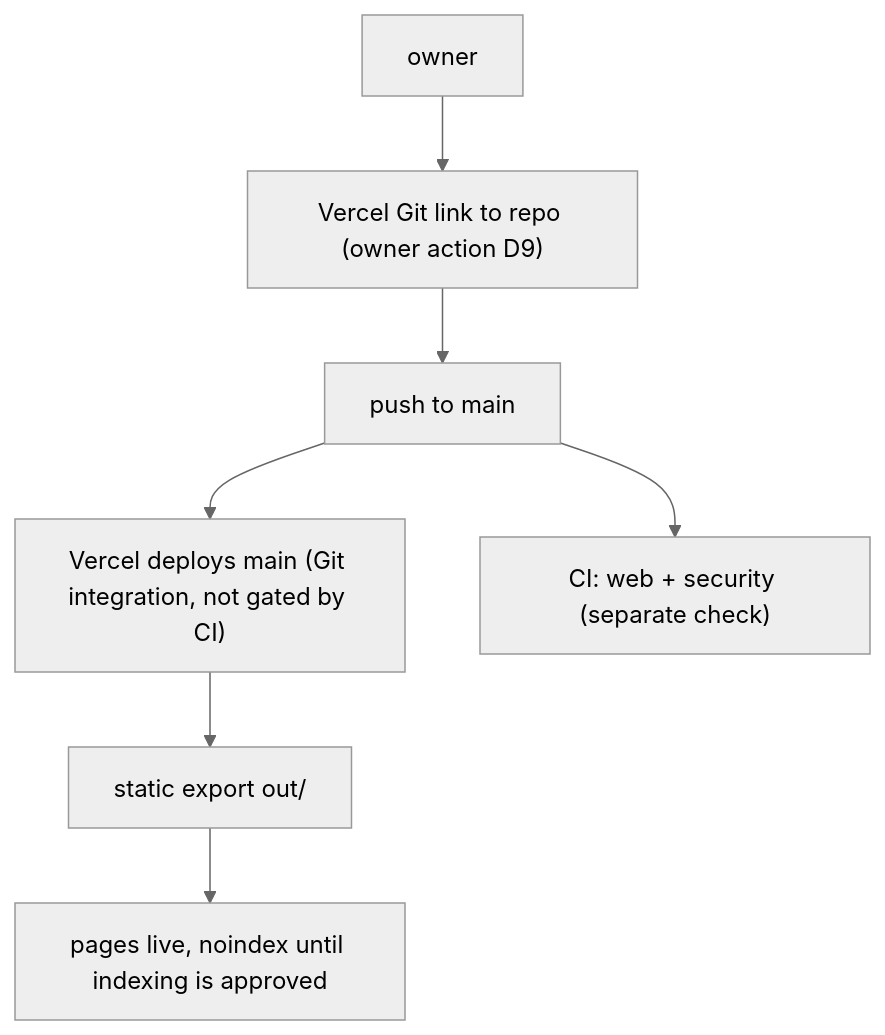
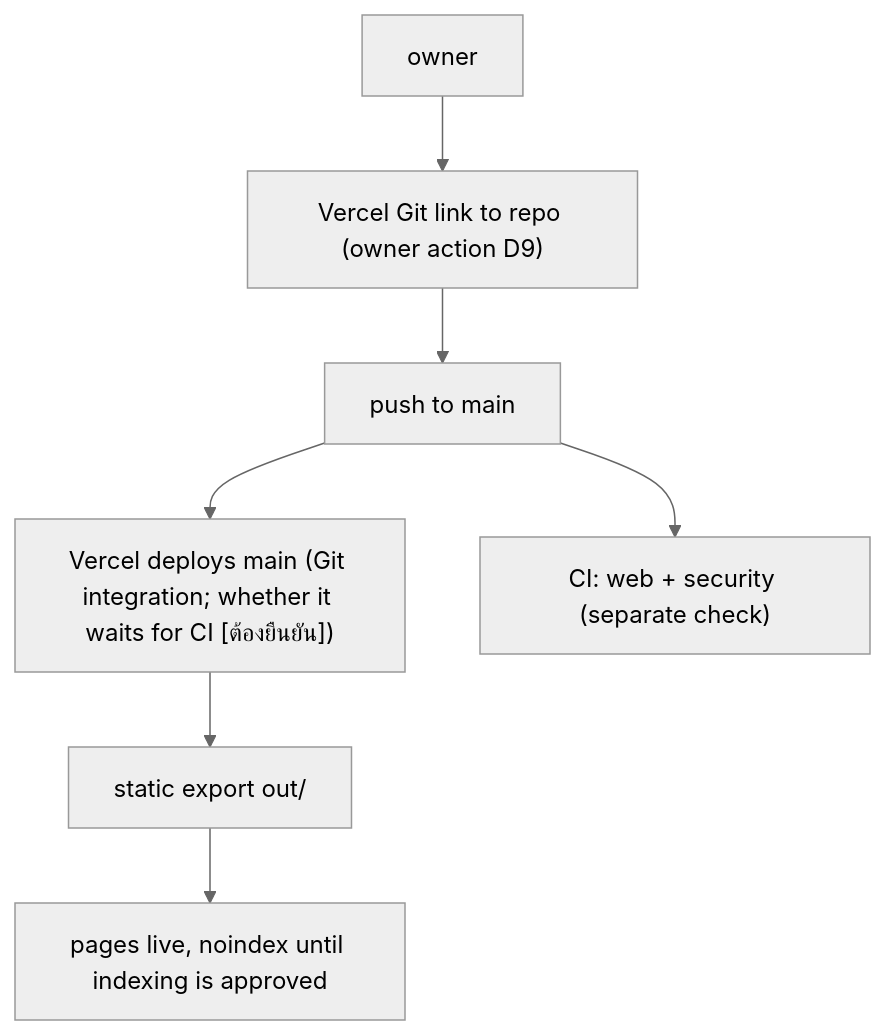
The second of 2 diagrams in docs/diagrams/01-business-process.md (bookchaowalit-agency/agency-transactions-corporate-finance-web), drawn with Mermaid (neutral theme) before and after one commit. The commit also changed other lines of this file, not shown here.

````diff
--- a/docs/diagrams/01-business-process.md
+++ b/docs/diagrams/01-business-process.md
@@ -47,9 +49,9 @@
 ```mermaid
 flowchart TD
   OWNER["owner"] --> GITLINK["Vercel Git link to repo (owner action D9)"]
   GITLINK --> PUSH["push to main"]
-  PUSH --> DEPLOY["Vercel deploys main (Git integration, not gated by CI)"]
+  PUSH --> DEPLOY["Vercel deploys main (Git integration; whether it waits for CI [ต้องยืนยัน])"]
   PUSH --> CI["CI: web + security (separate check)"]
   DEPLOY --> BUILD["static export out/"]
   BUILD --> SITE["pages live, noindex until indexing is approved"]
 ```
````
